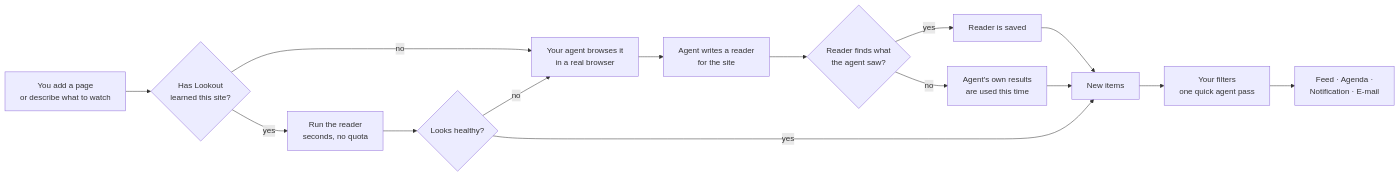
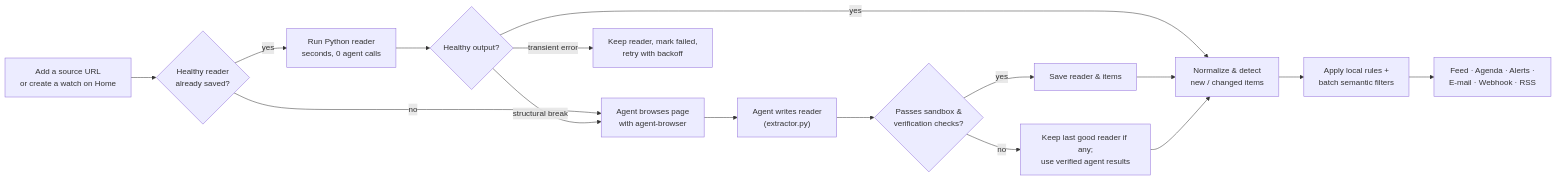
The diagram in README.md (1eminguler/Lookout), drawn with Mermaid before and after one commit. The commit also changed other lines of this file and 2 other files, not shown here.

````diff
--- a/README.md
+++ b/README.md
@@ -81,17 +68,18 @@
 ```mermaid
 flowchart LR
-    A[You add a page<br/>or describe what to watch] --> B{Has Lookout<br/>learned this site?}
-    B -- no --> C[Your agent browses it<br/>in a real browser]
-    C --> D[Agent writes a reader<br/>for the site]
-    D --> E{Reader finds what<br/>the agent saw?}
-    E -- yes --> F[Reader is saved]
-    E -- no --> G[Agent's own results<br/>are used this time]
-    B -- yes --> H[Run the reader<br/>seconds, no quota]
-    H --> I{Looks healthy?}
-    I -- no --> C
-    I -- yes --> J[New items]
+    A[Add a source URL<br/>or create a watch on Home] --> B{Healthy reader<br/>already saved?}
+    B -- no --> C[Agent browses page<br/>with agent-browser]
+    C --> D["Agent writes reader<br/>(extractor.py)"]
+    D --> E{Passes sandbox &<br/>verification checks?}
+    E -- yes --> F[Save reader & items]
+    E -- no --> G[Keep last good reader if any;<br/>use verified agent results]
+    B -- yes --> H[Run Python reader<br/>seconds, 0 agent calls]
+    H --> I{Healthy output?}
+    I -- transient error --> R[Keep reader, mark failed,<br/>retry with backoff]
+    I -- structural break --> C
+    I -- yes --> J[Normalize & detect<br/>new / changed items]
     F --> J
     G --> J
-    J --> K[Your filters<br/>one quick agent pass]
-    K --> L[Feed · Agenda ·<br/>Notification · E-mail]
+    J --> K[Apply local rules +<br/>batch semantic filters]
+    K --> L[Feed · Agenda · Alerts ·<br/>E-mail · Webhook · RSS]
 ```
````
